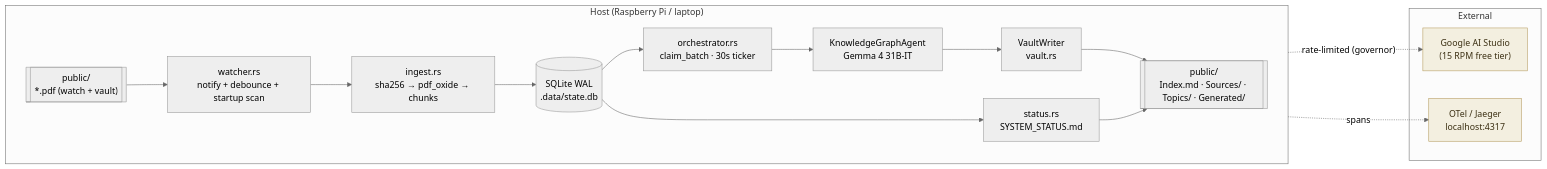
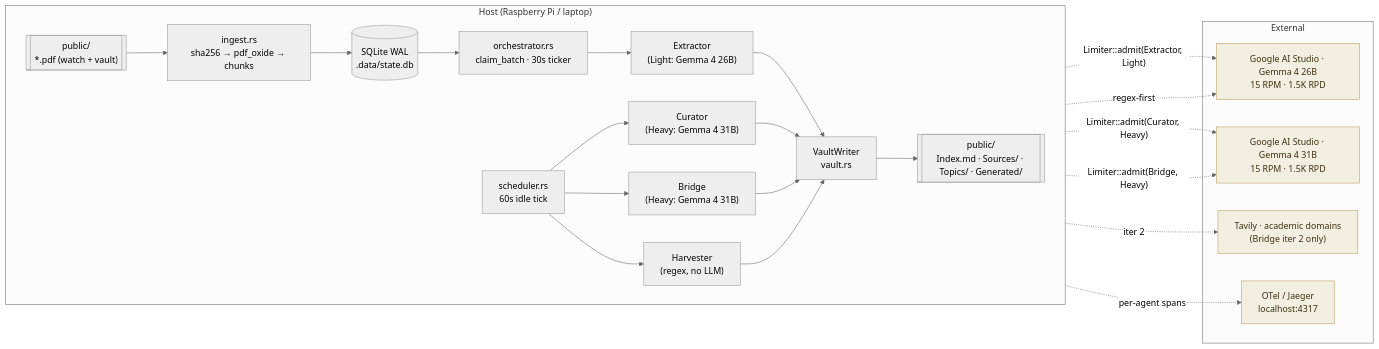
One commit to Rah-Rah-Mitra/Information-Lab changed the diagram in README.md. Above: the diagram before and after it, drawn with Mermaid (neutral theme). The commit also changed other lines of this file and 12 other files, not shown here.

First line of the commit message:
Refactor skills and improve documentation for knowledge graph extraction and topic curation

````diff
--- a/README.md
+++ b/README.md
@@ -15,31 +46,41 @@
 ```mermaid
 flowchart LR
     subgraph HOST["Host (Raspberry Pi / laptop)"]
         direction LR
         WATCH[["public/<br/>*.pdf (watch + vault)"]]
-        NOTIFY["watcher.rs<br/>notify + debounce + startup scan"]
         INGEST["ingest.rs<br/>sha256 → pdf_oxide → chunks"]
         DB[(SQLite WAL<br/>.data/state.db)]
         ORCH["orchestrator.rs<br/>claim_batch · 30s ticker"]
-        KG["KnowledgeGraphAgent<br/>Gemma 4 31B-IT"]
+        SCHED["scheduler.rs<br/>60s idle tick"]
+        EXT_AG["Extractor<br/>(Light: Gemma 4 26B)"]
+        CUR["Curator<br/>(Heavy: Gemma 4 31B)"]
+        BR["Bridge<br/>(Heavy: Gemma 4 31B)"]
+        HV["Harvester<br/>(regex, no LLM)"]
         VAULT["VaultWriter<br/>vault.rs"]
-        STATUS["status.rs<br/>SYSTEM_STATUS.md"]
         OBSIDIAN[["public/<br/>Index.md · Sources/ · Topics/ · Generated/"]]
     end
 
     subgraph EXT["External"]
-        GOOGLE["Google AI Studio<br/>(15 RPM free tier)"]
+        G26["Google AI Studio · Gemma 4 26B<br/>15 RPM · 1.5K RPD"]
+        G31["Google AI Studio · Gemma 4 31B<br/>15 RPM · 1.5K RPD"]
+        TAV["Tavily · academic domains<br/>(Bridge iter 2 only)"]
         OTLP["OTel / Jaeger<br/>localhost:4317"]
     end
 
-    WATCH --> NOTIFY --> INGEST --> DB
-    DB --> ORCH --> KG
-    KG --> VAULT --> OBSIDIAN
-    DB --> STATUS --> OBSIDIAN
+    WATCH --> INGEST --> DB
+    DB --> ORCH --> EXT_AG --> VAULT --> OBSIDIAN
+    SCHED --> CUR --> VAULT
+    SCHED --> BR --> VAULT
+    SCHED --> HV --> VAULT
+    BR -. iter 2 .-> TAV
 
-    KG -. rate-limited (governor) .-> GOOGLE
-    HOST -. spans .-> OTLP
+    EXT_AG -. Limiter::admit(Extractor, Light) .-> G26
+    HV -. regex-first .-> G26
+    CUR -. Limiter::admit(Curator, Heavy) .-> G31
+    BR -. Limiter::admit(Bridge, Heavy) .-> G31
+
+    HOST -. per-agent spans .-> OTLP
 
     classDef ext fill:#f3efe0,stroke:#b59b5e,color:#3b2f12
-    class GOOGLE,OTLP ext
+    class G26,G31,TAV,OTLP ext
 ```
````
